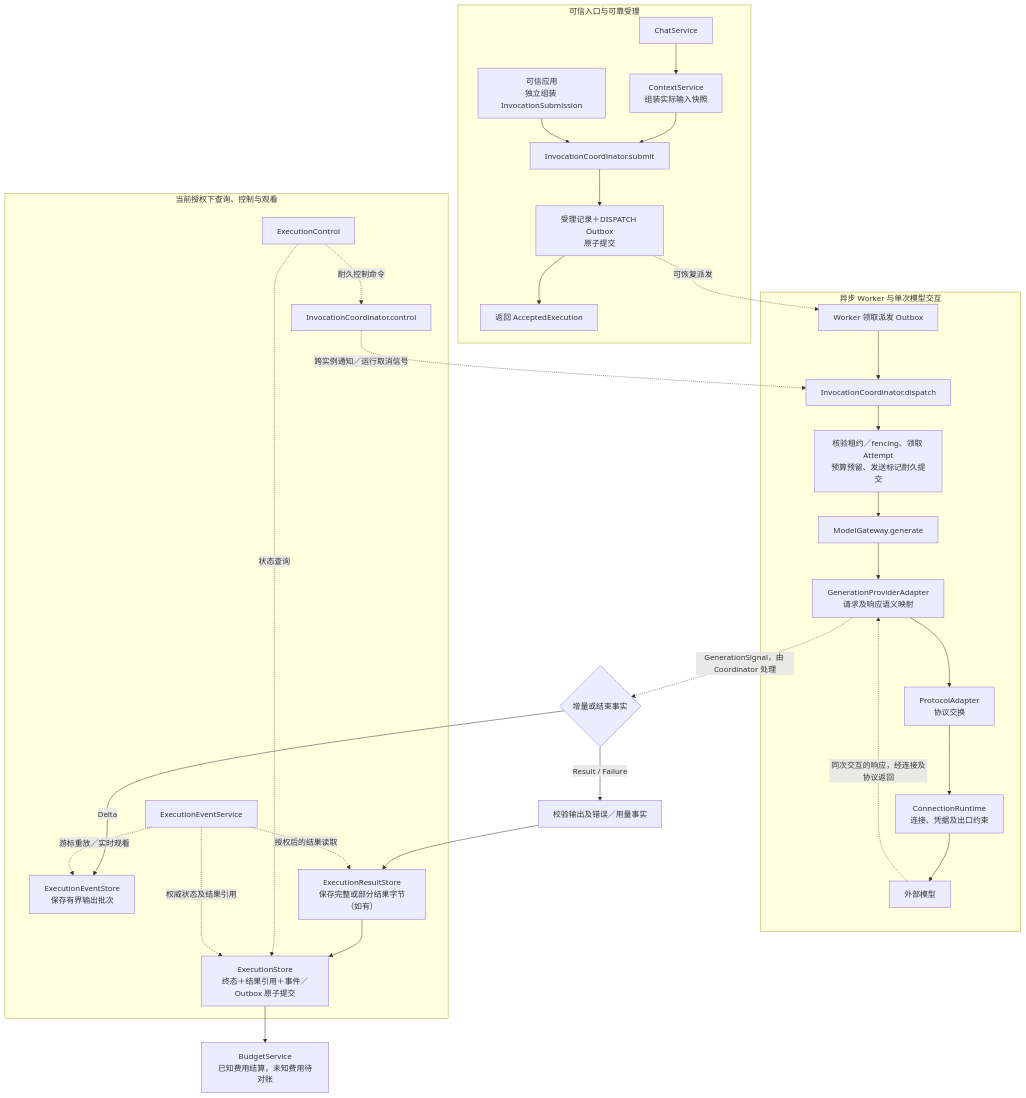
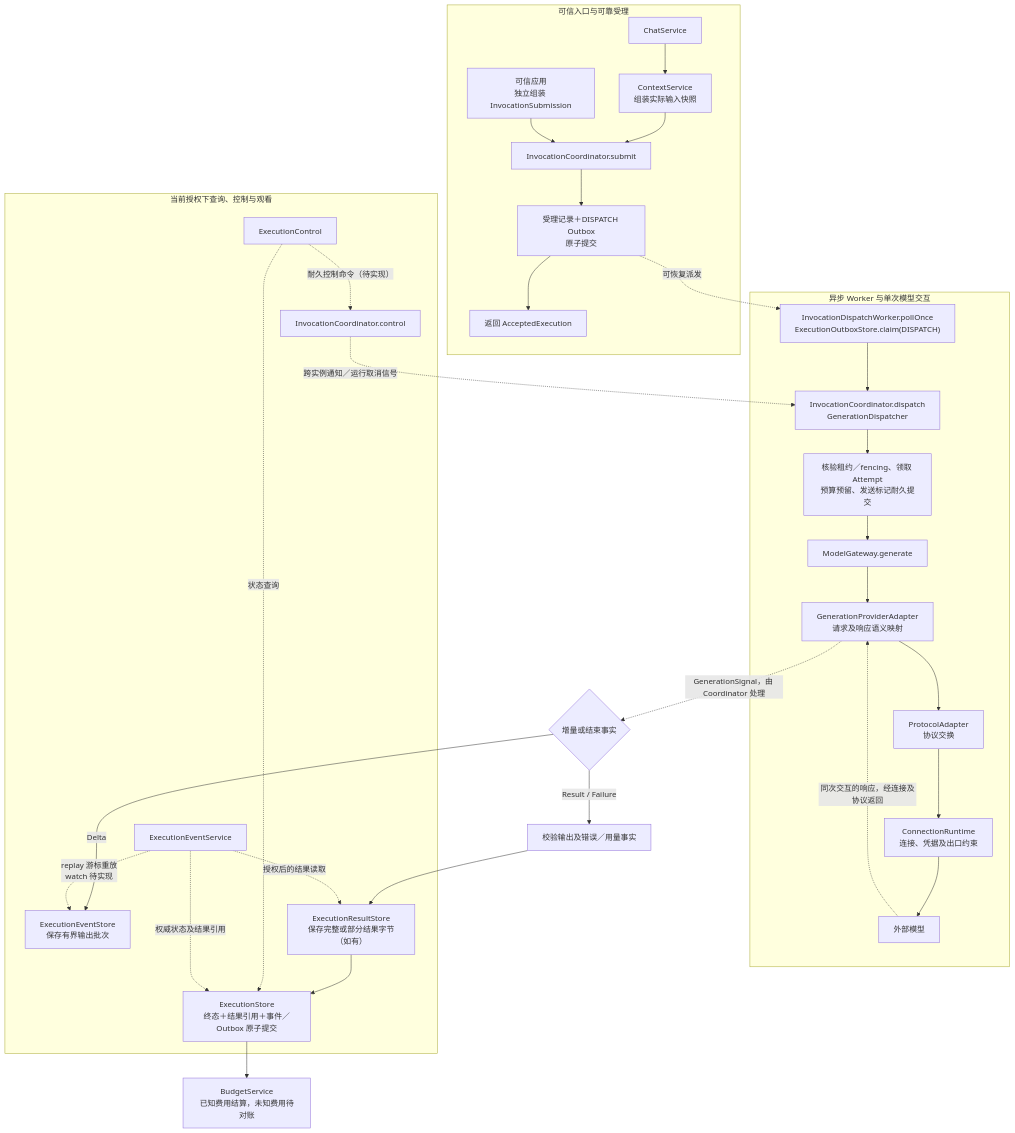
Before and after one commit to CYLJ126/ai-rich-text-editor: the diagram in backend/arte-ai/INVOCATION_API_CONTRACTS.md, drawn with Mermaid. The commit also changed other lines of this file and 29 other files, not shown here.

````diff
--- a/backend/arte-ai/INVOCATION_API_CONTRACTS.md
+++ b/backend/arte-ai/INVOCATION_API_CONTRACTS.md
@@ -19,38 +19,38 @@
 ```mermaid
 flowchart TB
     subgraph Admission["可信入口与可靠受理"]
         Chat["ChatService"] --> Context["ContextService<br/>组装实际输入快照"]
         Context --> Submit["InvocationCoordinator.submit"]
         Direct["可信应用<br/>独立组装 InvocationSubmission"] --> Submit
         Submit --> Accept["受理记录＋DISPATCH Outbox<br/>原子提交"]
         Accept --> Receipt["返回 AcceptedExecution"]
     end
 
     subgraph Execution["异步 Worker 与单次模型交互"]
-        Worker["Worker 领取派发 Outbox"] --> Dispatch["InvocationCoordinator.dispatch"]
+        Worker["InvocationDispatchWorker.pollOnce<br/>ExecutionOutboxStore.claim(DISPATCH)"] --> Dispatch["InvocationCoordinator.dispatch<br/>GenerationDispatcher"]
         Dispatch --> Guard["核验租约／fencing、领取 Attempt<br/>预算预留、发送标记耐久提交"]
         Guard --> Gateway["ModelGateway.generate"]
         Gateway --> Adapter["GenerationProviderAdapter<br/>请求及响应语义映射"]
         Adapter --> Protocol["ProtocolAdapter<br/>协议交换"]
         Protocol --> Connection["ConnectionRuntime<br/>连接、凭据及出口约束"]
         Connection --> Remote["外部模型"]
         Remote -. "同次交互的响应，经连接及协议返回" .-> Adapter
     end
 
     Accept -. "可恢复派发" .-> Worker
     Adapter -. "GenerationSignal，由 Coordinator 处理" .-> Signals{"增量或结束事实"}
     Signals -->|Delta| Events["ExecutionEventStore<br/>保存有界输出批次"]
     Signals -->|Result / Failure| Validate["校验输出及错误／用量事实"]
     Validate --> Results["ExecutionResultStore<br/>保存完整或部分结果字节（如有）"]
     Results --> Terminal["ExecutionStore<br/>终态＋结果引用＋事件／Outbox 原子提交"]
     Terminal --> Budget["BudgetService<br/>已知费用结算，未知费用待对账"]
 
     subgraph Access["当前授权下查询、控制与观看"]
         Control["ExecutionControl"] -. "状态查询" .-> Terminal
-        Control -. "耐久控制命令" .-> Command["InvocationCoordinator.control"]
+        Control -. "耐久控制命令（待实现）" .-> Command["InvocationCoordinator.control"]
         Command -. "跨实例通知／运行取消信号" .-> Dispatch
-        Watching["ExecutionEventService"] -. "游标重放／实时观看" .-> Events
+        Watching["ExecutionEventService"] -. "replay 游标重放<br/>watch 待实现" .-> Events
         Watching -. "权威状态及结果引用" .-> Terminal
         Watching -. "授权后的结果读取" .-> Results
     end
 ```
````
